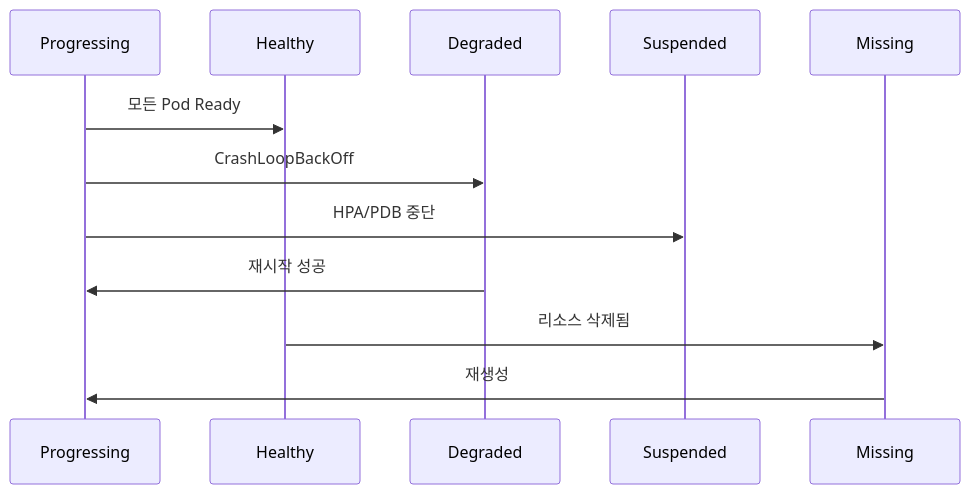
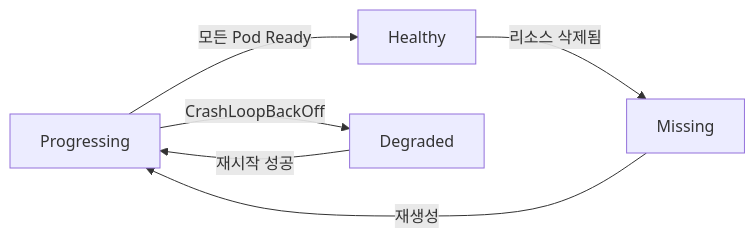
One commit to yjkim2015/yjkim2015.github.io changed the fifth of 7 diagrams in _posts/cicd/2026-05-03-gitops-argocd.md. Above: the diagram before and after it, drawn with Mermaid. The commit also changed other lines of this file and 84 other files, not shown here.

First line of the commit message:
85개 포스트 Mermaid 다이어그램 규칙 일괄 수정

````diff
--- a/_posts/cicd/2026-05-03-gitops-argocd.md
+++ b/_posts/cicd/2026-05-03-gitops-argocd.md
@@ -190,9 +193,12 @@
 ```mermaid
-sequenceDiagram
-    Progressing->>Healthy: 모든 Pod Ready
-    Progressing->>Degraded: CrashLoopBackOff
-    Progressing->>Suspended: HPA/PDB 중단
-    Degraded->>Progressing: 재시작 성공
-    Healthy->>Missing: 리소스 삭제됨
-    Missing->>Progressing: 재생성
+graph LR
+    PRG["Progressing"]
+    HLT["Healthy"]
+    DGR["Degraded"]
+    MSS["Missing"]
+    PRG -->|"모든 Pod Ready"| HLT
+    PRG -->|"CrashLoopBackOff"| DGR
+    DGR -->|"재시작 성공"| PRG
+    HLT -->|"리소스 삭제됨"| MSS
+    MSS -->|"재생성"| PRG
 ```
````
